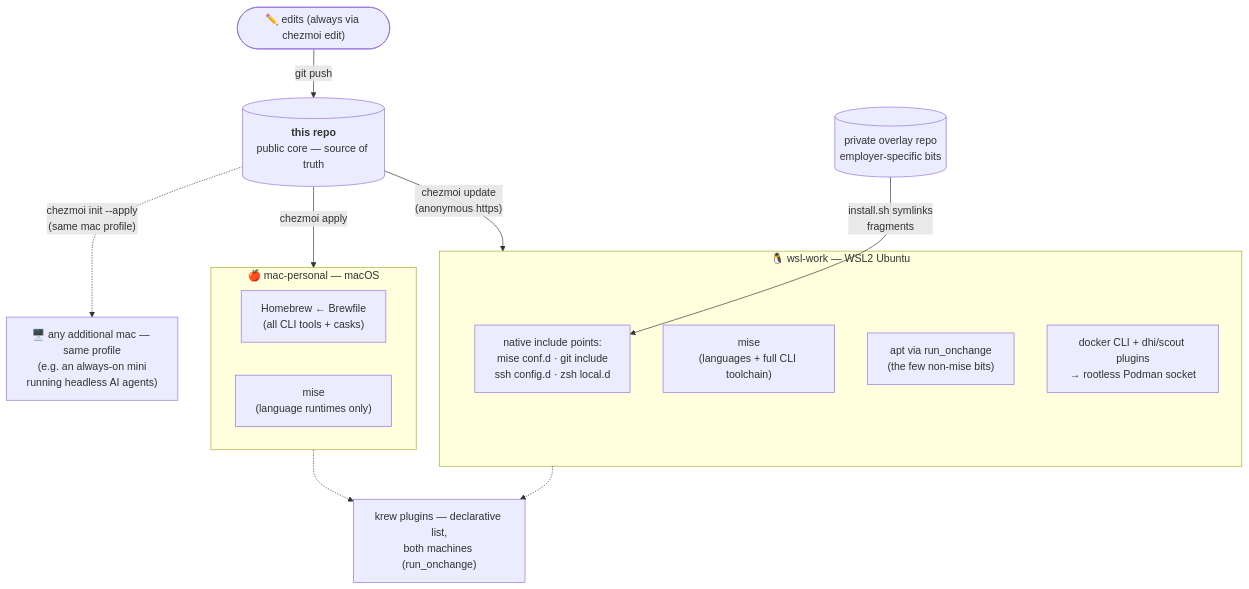
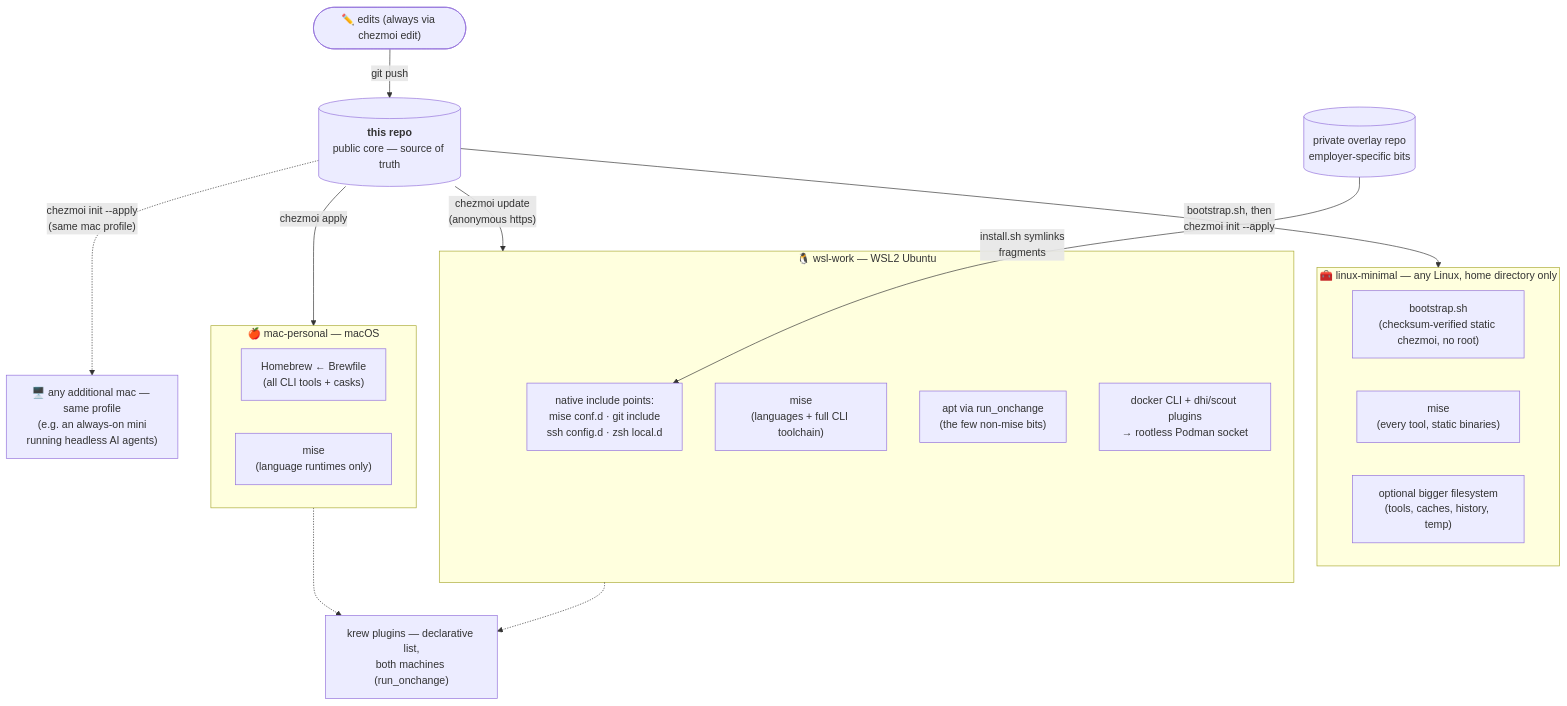
The diagram in README.md (junior/dotfiles), drawn with Mermaid before and after one commit. The commit also changed other lines of this file and 8 other files, not shown here.

First line of the commit message:
linux-minimal: tmux version fix, optional extras, eza and kubecolor, docs

````diff
--- a/README.md
+++ b/README.md
@@ -43,30 +51,37 @@
 ```mermaid
 flowchart TB
     dev(["✏️ edits (always via chezmoi edit)"]) -->|git push| core
 
     core[("<b>this repo</b><br/>public core — source of truth")]
     overlay[("private overlay repo<br/>employer-specific bits")]
 
     core -->|chezmoi apply| mac
     core -.->|"chezmoi init --apply<br/>(same mac profile)"| macN
     core -->|"chezmoi update<br/>(anonymous https)"| wsl
+    core -->|"bootstrap.sh, then<br/>chezmoi init --apply"| lm
     overlay -->|"install.sh symlinks<br/>fragments"| includes
 
     subgraph mac["🍎 mac-personal — macOS"]
         brewfile["Homebrew ← Brewfile<br/>(all CLI tools + casks)"]
         misemac["mise<br/>(language runtimes only)"]
     end
 
     macN["🖥️ any additional mac — same profile<br/>(e.g. an always-on mini<br/>running headless AI agents)"]
 
     subgraph wsl["🐧 wsl-work — WSL2 Ubuntu"]
         misewsl["mise<br/>(languages + full CLI toolchain)"]
         aptpkgs["apt via run_onchange<br/>(the few non-mise bits)"]
         docker["docker CLI + dhi/scout plugins<br/>→ rootless Podman socket"]
         includes["native include points:<br/>mise conf.d · git include<br/>ssh config.d · zsh local.d"]
     end
 
+    subgraph lm["🧰 linux-minimal — any Linux, home directory only"]
+        boot["bootstrap.sh<br/>(checksum-verified static chezmoi, no root)"]
+        miselm["mise<br/>(every tool, static binaries)"]
+        bigdisk["optional bigger filesystem<br/>(tools, caches, history, temp)"]
+    end
+
     krew["krew plugins — declarative list,<br/>both machines (run_onchange)"]
     mac -.-> krew
     wsl -.-> krew
 ```
````
